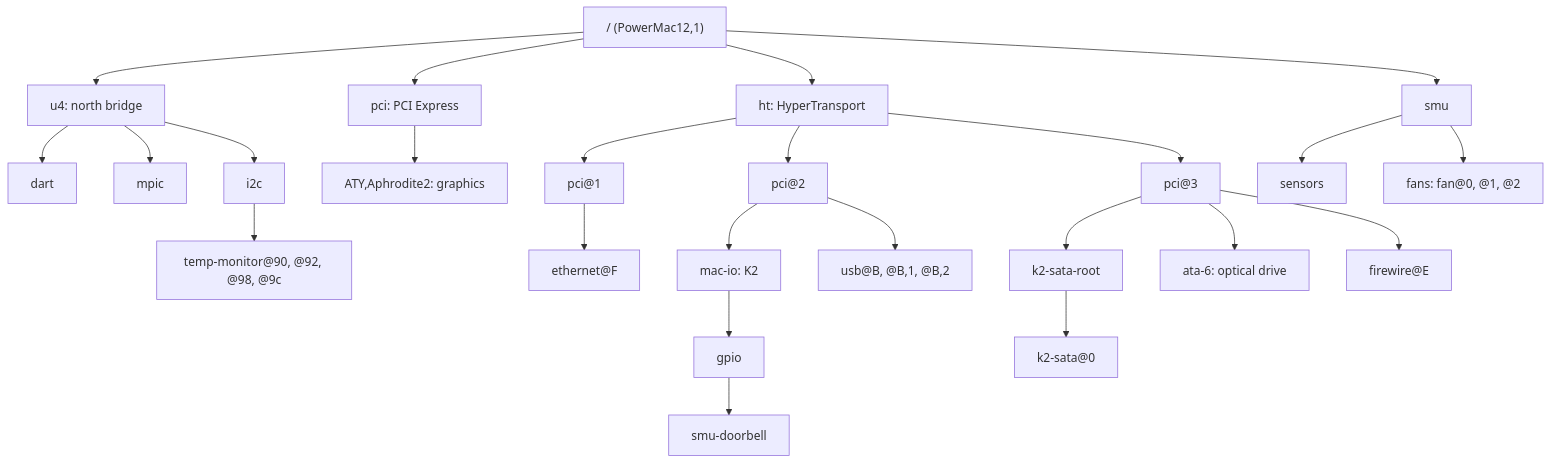
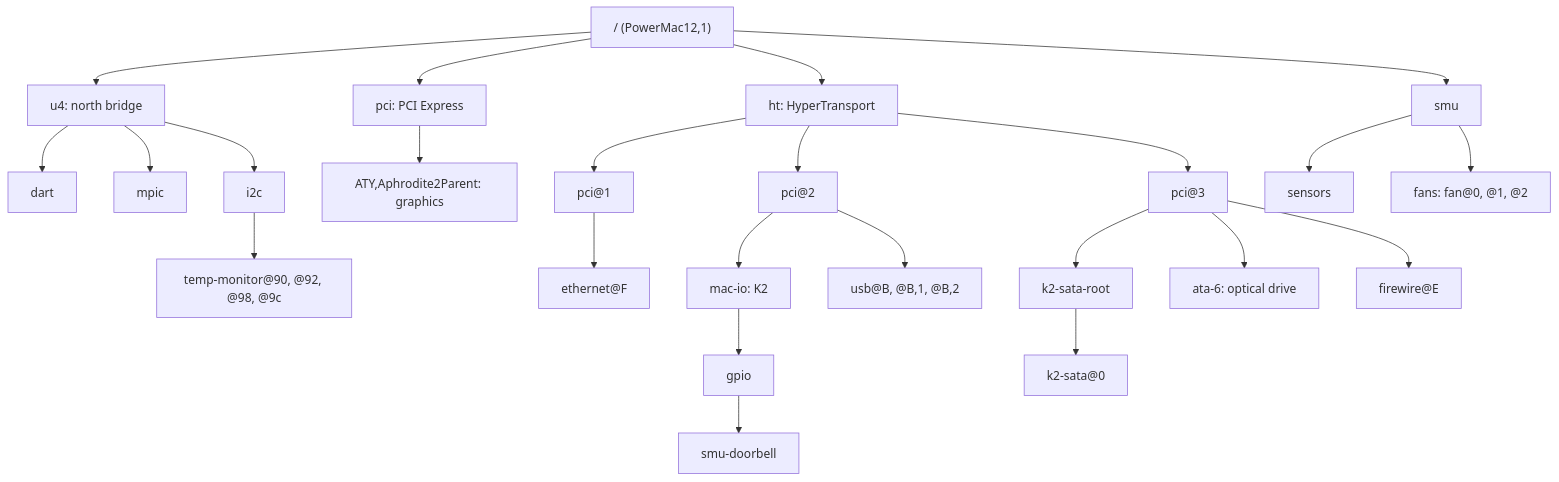
One commit to nyg/PowerDarwin changed the diagram in docs/src/background/powerpc-macs.md. Above: the diagram before and after it, drawn with Mermaid. The commit also changed other lines of this file and 18 other files, not shown here.

````diff
--- a/docs/src/background/powerpc-macs.md
+++ b/docs/src/background/powerpc-macs.md
@@ -136,21 +136,21 @@
 ```mermaid
 flowchart TB
     ROOT["/ (PowerMac12,1)"] --> U4["u4: north bridge"]
     U4 --> DART[dart]
     U4 --> MPIC1[mpic]
     U4 --> I2C1[i2c] --> TEMP["temp-monitor@90, @92, @98, @9c"]
-    ROOT --> PCIE["pci: PCI Express"] --> GPU["ATY,Aphrodite2: graphics"]
+    ROOT --> PCIE["pci: PCI Express"] --> GPU["ATY,Aphrodite2Parent: graphics"]
     ROOT --> HT["ht: HyperTransport"]
     HT --> B1["pci@1"] --> ENET["ethernet@F"]
     HT --> B2["pci@2"]
     B2 --> K2["mac-io: K2"]
     K2 --> GPIO[gpio] --> BELL[smu-doorbell]
     B2 --> USB["usb@B, @B,1, @B,2"]
     HT --> B3["pci@3"]
     B3 --> SATA["k2-sata-root"] --> PORT["k2-sata@0"]
     B3 --> ATA["ata-6: optical drive"]
     B3 --> FW["firewire@E"]
     ROOT --> SMU[smu]
     SMU --> SENS[sensors]
     SMU --> FANS["fans: fan@0, @1, @2"]
 ```
````
